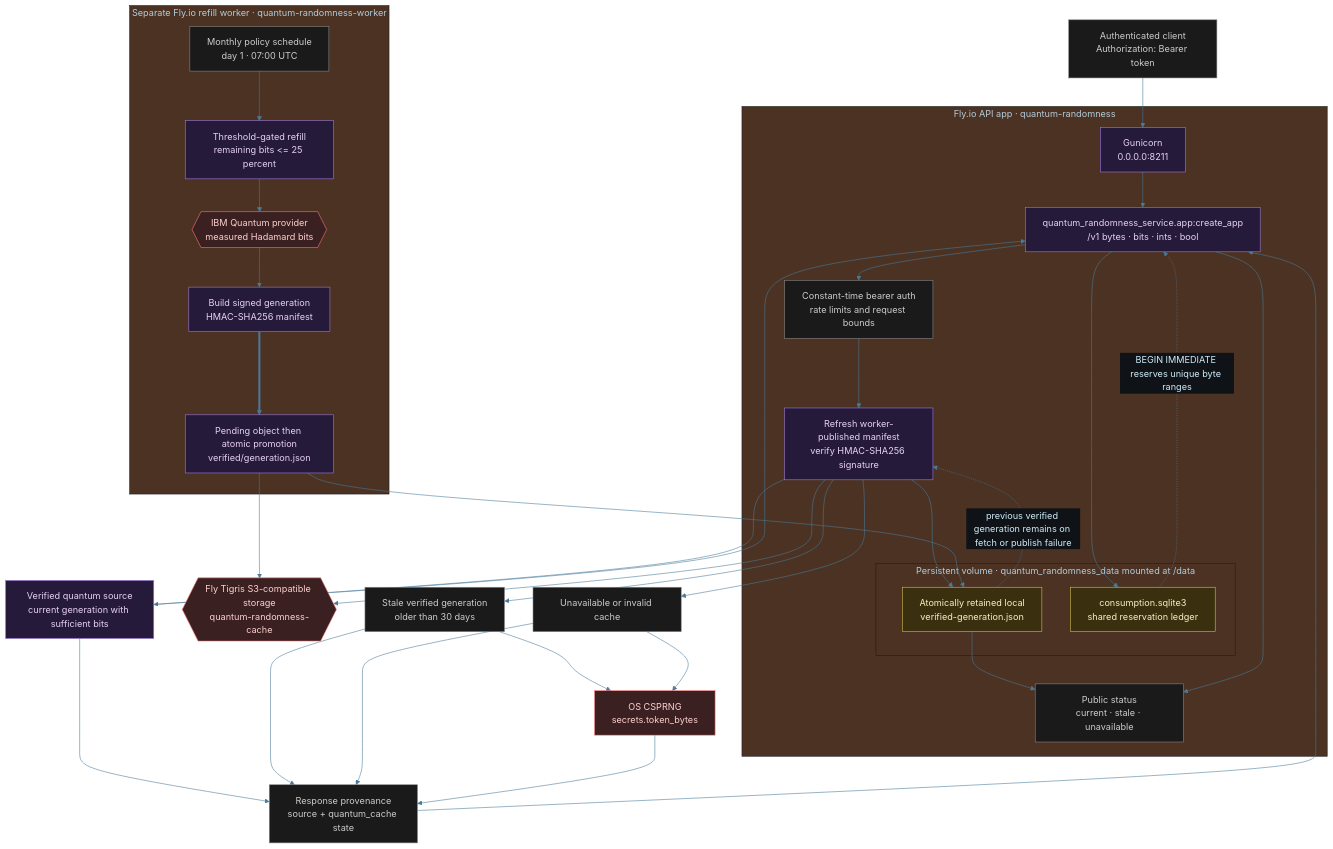
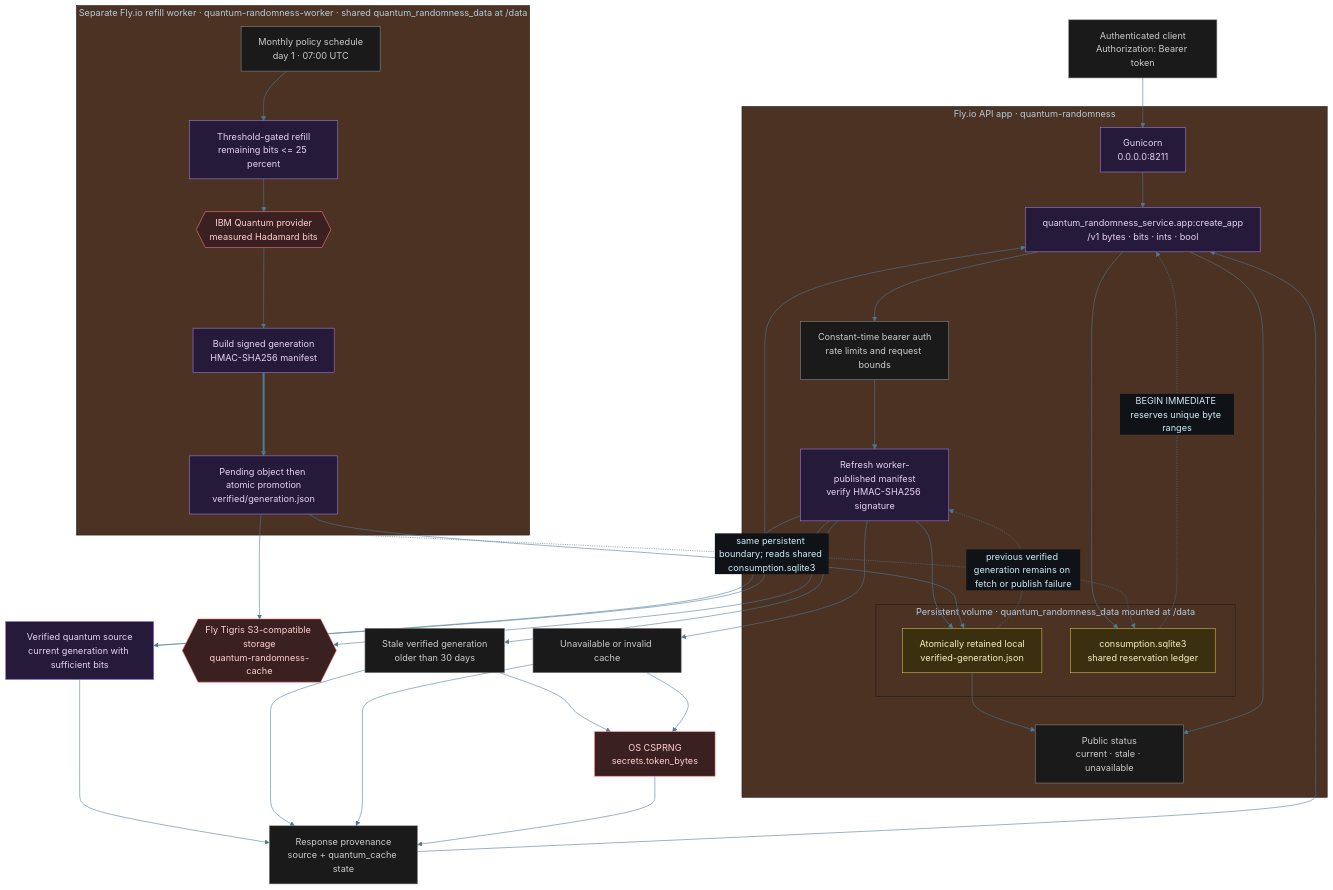
Before and after one commit to tylerdrakemusic/Quantum: the diagram in diagrams/quantum-randomness-service.mmd, drawn with Mermaid. The commit also changed 5 other files, not shown here.

Commit message:
fix: share randomness reservation boundary

```diff
--- a/diagrams/quantum-randomness-service.mmd
+++ b/diagrams/quantum-randomness-service.mmd
@@ -1,73 +1,74 @@
 %%{init: {'theme': 'base', 'themeVariables': {'primaryColor': '#1a2e3a', 'primaryTextColor': '#d0ecf8', 'edgeLabelBackground': '#0f1318', 'lineColor': '#4a7a9a'}}}%%
 %% is_derived_view=true
 %% Traceability.parent: diagrams/quantum-architecture.mmd
 %% Scope: authenticated Fly.io API and worker-owned verified cache publication
 graph TB
     Client[Authenticated client<br/>Authorization: Bearer token]:::state
 
     subgraph API["Fly.io API app · quantum-randomness"]
         Gunicorn[Gunicorn<br/>0.0.0.0:8211]:::quantum
         Flask[quantum_randomness_service.app:create_app<br/>/v1 bytes · bits · ints · bool]:::quantum
         Auth[Constant-time bearer auth<br/>rate limits and request bounds]:::state
         Refresh[Refresh worker-published manifest<br/>verify HMAC-SHA256 signature]:::quantum
         subgraph Volume["Persistent volume · quantum_randomness_data mounted at /data"]
             Retained[Atomically retained local<br/>verified-generation.json]:::db
             Consumption[consumption.sqlite3<br/>shared reservation ledger]:::db
         end
         APIStatus[Public status<br/>current · stale · unavailable]:::state
     end
 
-    subgraph Worker["Separate Fly.io refill worker · quantum-randomness-worker"]
+    subgraph Worker["Separate Fly.io refill worker · quantum-randomness-worker · shared quantum_randomness_data at /data"]
         Schedule[Monthly policy schedule<br/>day 1 · 07:00 UTC]:::state
         Refill[Threshold-gated refill<br/>remaining bits <= 25 percent]:::quantum
         IBM{{IBM Quantum provider<br/>measured Hadamard bits}}:::ext
         Sign[Build signed generation<br/>HMAC-SHA256 manifest]:::quantum
         Publish[Pending object then atomic promotion<br/>verified/generation.json]:::quantum
     end
 
     Tigris{{Fly Tigris S3-compatible storage<br/>quantum-randomness-cache}}:::ext
     Quantum[Verified quantum source<br/>current generation with sufficient bits]:::quantum
     Stale[Stale verified generation<br/>older than 30 days]:::state
     Unavailable[Unavailable or invalid cache]:::state
     CSPRNG[OS CSPRNG<br/>secrets.token_bytes]:::ext
     Provenance[Response provenance<br/>source + quantum_cache state]:::state
 
     Client --> Gunicorn
     Gunicorn --> Flask
     Flask --> Auth
     Auth --> Refresh
     Refresh --> Tigris
     Refresh --> Retained
     Flask --> Consumption
     Consumption -.->|"BEGIN IMMEDIATE reserves unique byte ranges"| Flask
     Retained --> APIStatus
     Flask --> APIStatus
     Refresh --> Quantum
     Refresh --> Stale
     Refresh --> Unavailable
     Quantum --> Provenance
     Stale --> Provenance
     Unavailable --> Provenance
     Quantum --> Flask
     Stale --> CSPRNG
     Unavailable --> CSPRNG
     CSPRNG --> Provenance
     Provenance --> Flask
     Schedule --> Refill
     Refill --> IBM
     IBM --> Sign
     Sign ==> Publish
     Publish --> Tigris
     Publish --> Retained
+    Worker -.->|"same persistent boundary; reads shared consumption.sqlite3"| Consumption
     Retained -.->|"previous verified generation remains on fetch or publish failure"| Refresh
 
 classDef life     fill:#1a2e3a,stroke:#6ab4d4,color:#d0ecf8
 classDef music    fill:#3a1a24,stroke:#d47a8f,color:#f8d0dc
 classDef quantum  fill:#251a3a,stroke:#a07adf,color:#e8d0f8
 classDef manifest fill:#3a2e1a,stroke:#d4a96a,color:#f8ead0
 classDef ws       fill:#1a3a30,stroke:#6ad4b4,color:#d0f8ee
 classDef tyler    fill:#2a1a3a,stroke:#9e4aff,color:#fff
 classDef ext      fill:#3a2020,stroke:#ff7a7a,color:#ffd0d0
 classDef db       fill:#3a3010,stroke:#d4c050,color:#f8f0c0
 classDef state    fill:#1a1a1a,stroke:#888888,color:#cccccc
 classDef store    fill:#1a3a30,stroke:#6ad4b4,color:#d0f8ee
```
